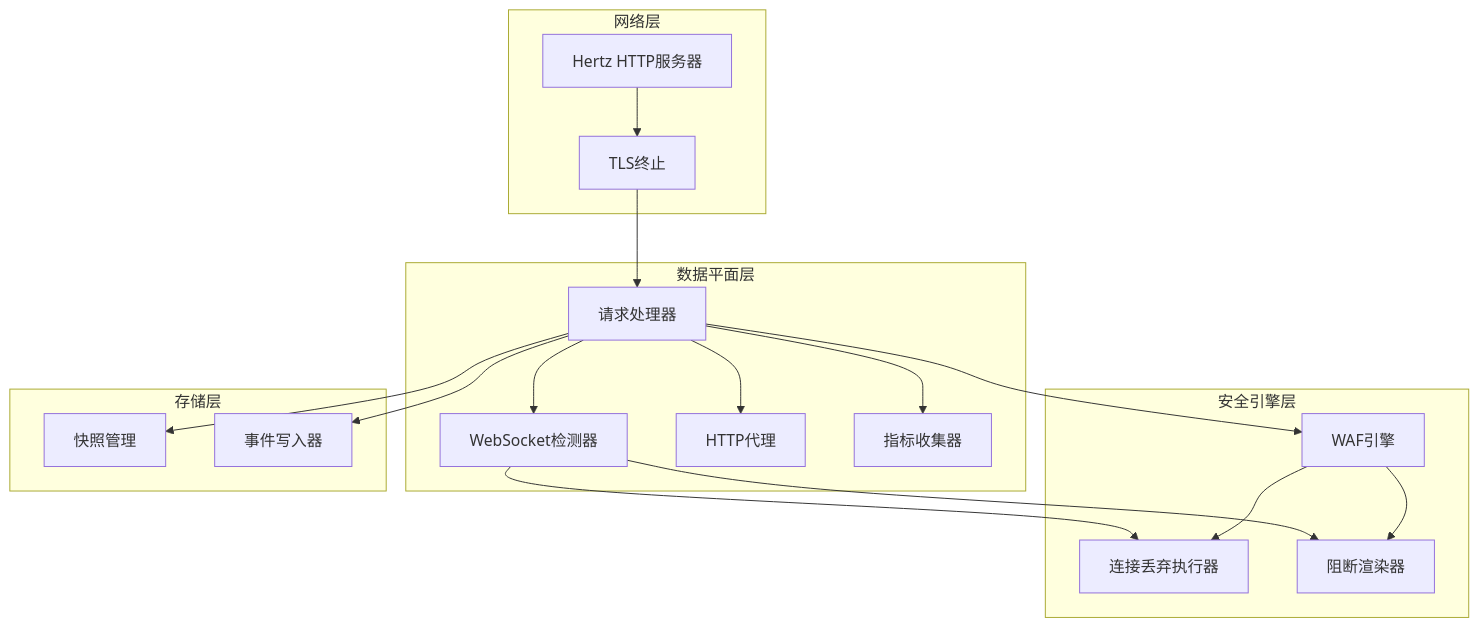
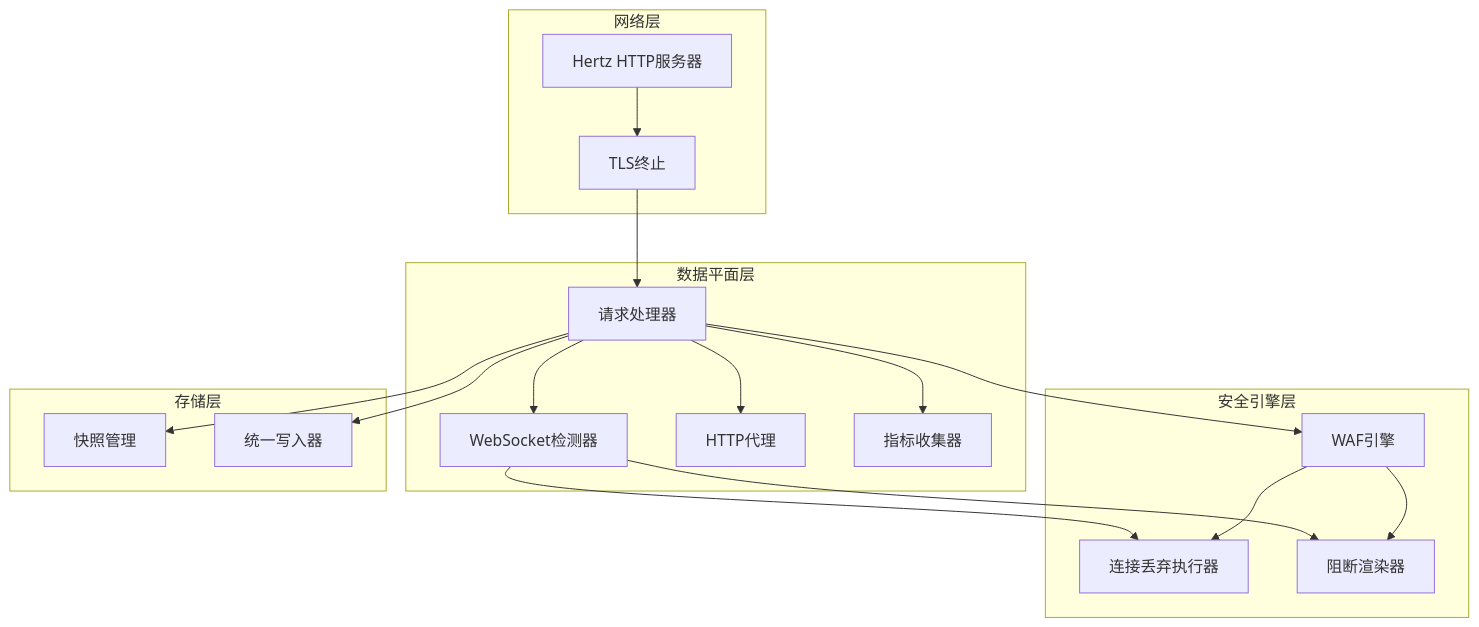
The fourth of 11 diagrams in docs/数据平面处理/WebSocket 连接处理.md (x01n/My-OpenWaf), drawn with Mermaid before and after one commit. The commit also changed other lines of this file and 622 other files, not shown here.

````diff
--- a/docs/数据平面处理/WebSocket 连接处理.md
+++ b/docs/数据平面处理/WebSocket 连接处理.md
@@ -135,34 +199,34 @@
 ```mermaid
 graph TB
 subgraph "网络层"
 Hertz[Hertz HTTP服务器]
 TLS[TLS终止]
 end
 subgraph "数据平面层"
 Handler[请求处理器]
 WSDetector[WebSocket检测器]
 Proxy[HTTP代理]
 Metrics[指标收集器]
 end
 subgraph "安全引擎层"
 Engine[WAF引擎]
 DropExecutor[连接丢弃执行器]
 BlockRenderer[阻断渲染器]
 end
 subgraph "存储层"
 Snapshot[快照管理]
-EventWriter[事件写入器]
+UnifiedWriter[统一写入器]
 end
 Hertz --> TLS
 TLS --> Handler
 Handler --> WSDetector
 Handler --> Proxy
 Handler --> Engine
 Handler --> Metrics
 WSDetector --> DropExecutor
 WSDetector --> BlockRenderer
 Engine --> DropExecutor
 Engine --> BlockRenderer
 Handler --> Snapshot
-Handler --> EventWriter
+Handler --> UnifiedWriter
 ```
````
